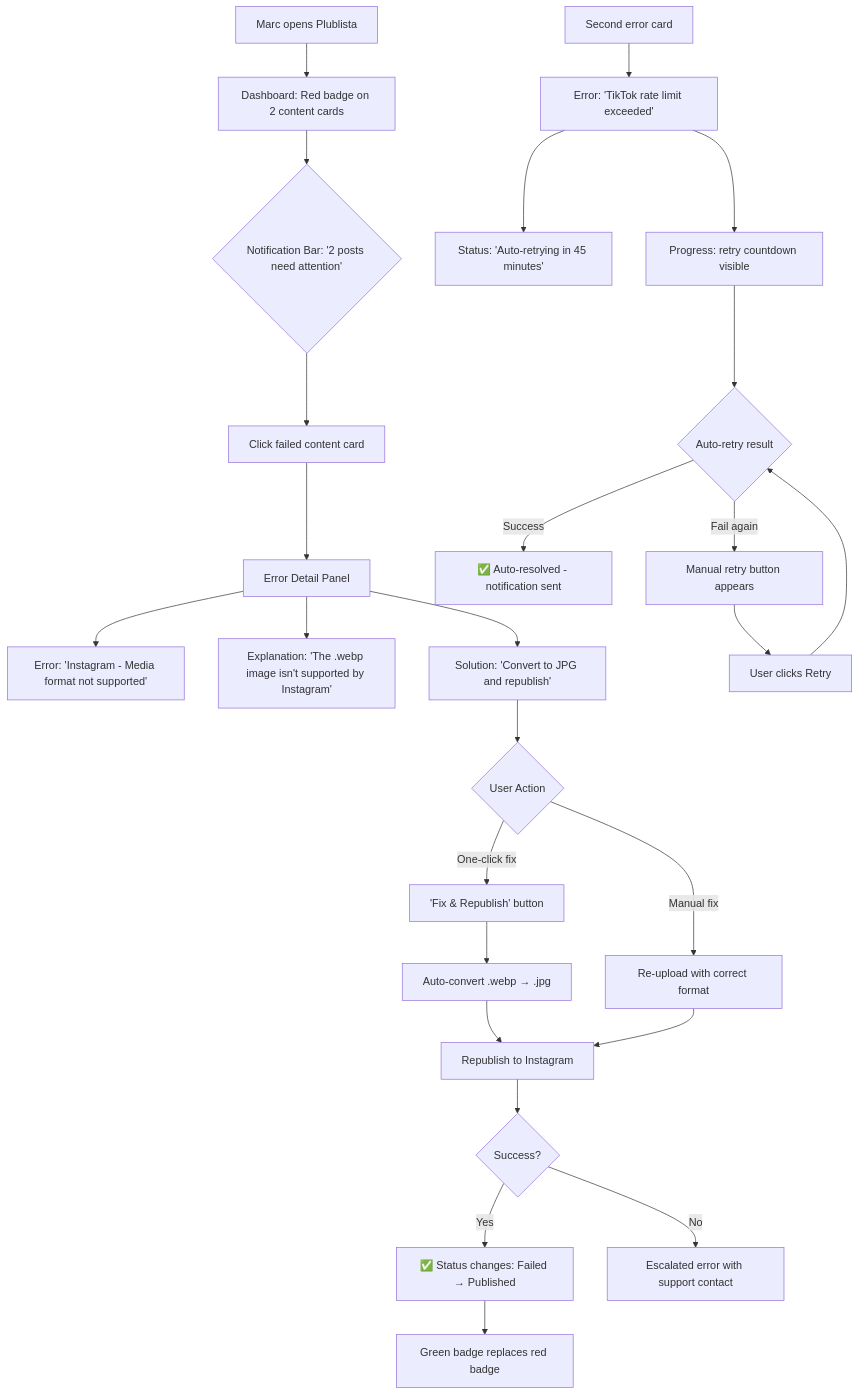
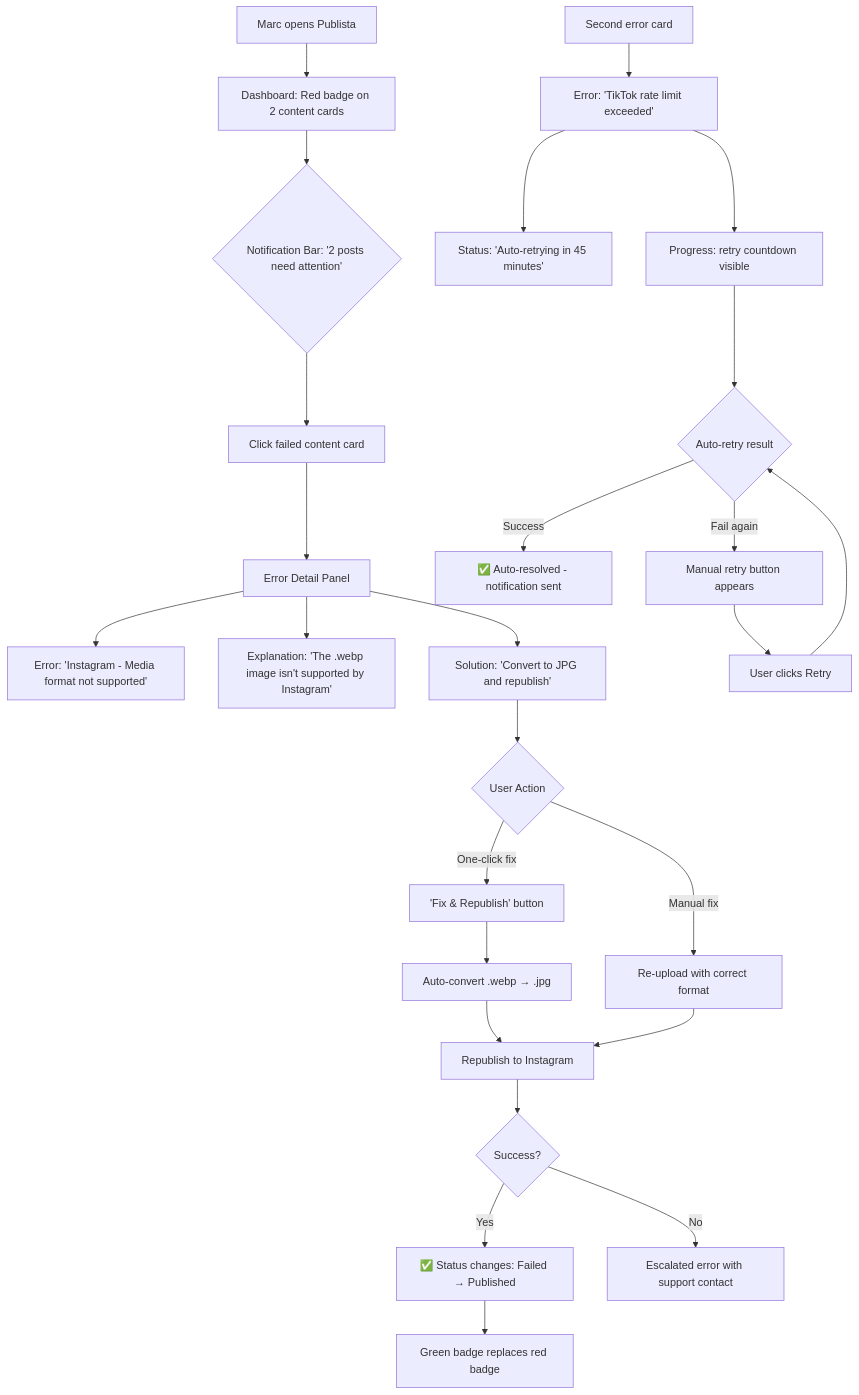
Before and after one commit to Niabag/Plublista: the fifth of 5 diagrams in _bmad-output/planning-artifacts/ux-design-specification.md, drawn with Mermaid. The commit also changed other lines of this file and 111 other files, not shown here.

````diff
--- a/_bmad-output/planning-artifacts/ux-design-specification.md
+++ b/_bmad-output/planning-artifacts/ux-design-specification.md
@@ -1088,29 +1088,29 @@
 ```mermaid
 flowchart TD
-    A[Marc opens Plublista] --> B[Dashboard: Red badge on 2 content cards]
+    A[Marc opens Publista] --> B[Dashboard: Red badge on 2 content cards]
     B --> C{Notification Bar: '2 posts need attention'}
     C --> D[Click failed content card]
     D --> E[Error Detail Panel]
     E --> E1[Error: 'Instagram - Media format not supported']
     E --> E2[Explanation: 'The .webp image isn't supported by Instagram']
     E --> E3[Solution: 'Convert to JPG and republish']
     E3 --> F{User Action}
     F -->|One-click fix| G['Fix & Republish' button]
     F -->|Manual fix| H[Re-upload with correct format]
     G --> I[Auto-convert .webp → .jpg]
     I --> J[Republish to Instagram]
     J --> K{Success?}
     K -->|Yes| L[✅ Status changes: Failed → Published]
     K -->|No| M[Escalated error with support contact]
     L --> N[Green badge replaces red badge]
     H --> J
 
     O[Second error card] --> P[Error: 'TikTok rate limit exceeded']
     P --> P1[Status: 'Auto-retrying in 45 minutes']
     P --> P2[Progress: retry countdown visible]
     P2 --> Q{Auto-retry result}
     Q -->|Success| R[✅ Auto-resolved - notification sent]
     Q -->|Fail again| S[Manual retry button appears]
     S --> T[User clicks Retry]
     T --> Q
 ```
````
